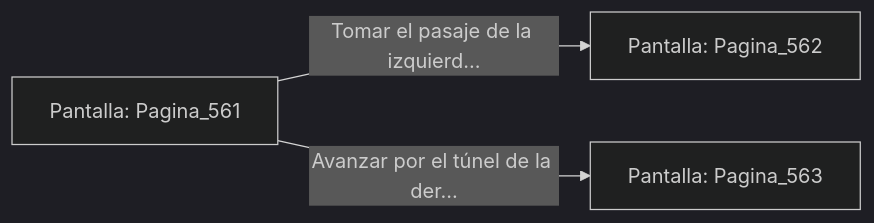
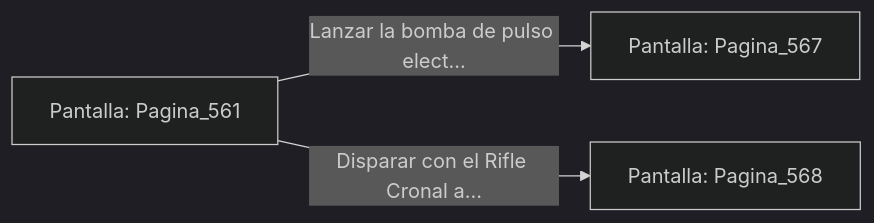
Before and after one commit to metsuke/mpl: the diagram in sample/eligejuego-vault/Pantalla_Pagina_561.md, drawn with Mermaid (dark theme). The commit also changed other lines of this file and 635 other files, not shown here.

First line of the commit message:
fix: añadir Pagina_1 como pantalla inicial en capitulo_01.mpl

````diff
--- a/sample/eligejuego-vault/Pantalla_Pagina_561.md
+++ b/sample/eligejuego-vault/Pantalla_Pagina_561.md
@@ -20,6 +24,6 @@
 ```mermaid
 graph LR
     P_Pagina_561["Pantalla: Pagina_561"]
-    P_Pagina_561 -->|"Tomar el pasaje de la izquierd..."| P_Pagina_562["Pantalla: Pagina_562"]
-    P_Pagina_561 -->|"Avanzar por el túnel de la der..."| P_Pagina_563["Pantalla: Pagina_563"]
+    P_Pagina_561 -->|"Lanzar la bomba de pulso elect..."| P_Pagina_567["Pantalla: Pagina_567"]
+    P_Pagina_561 -->|"Disparar con el Rifle Cronal a..."| P_Pagina_568["Pantalla: Pagina_568"]
 ```
````
